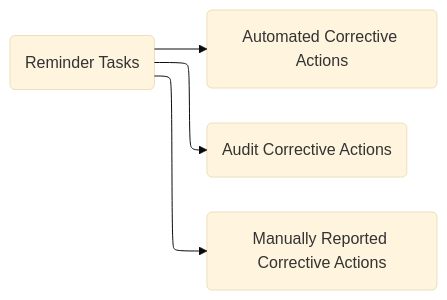
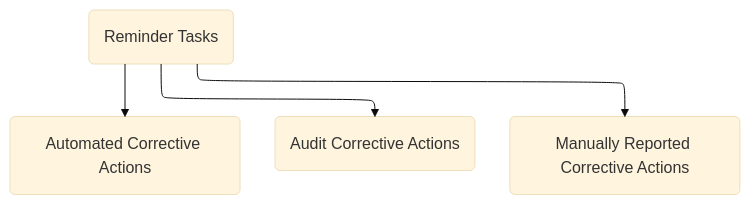
One commit to opus-safety/opus-knowledge-base changed the second of 2 diagrams in docs/drafts/types-of-task.md. Above: the diagram before and after it, drawn with Mermaid (base theme).

Commit message:
Update types of task
Published via More Buttons Chrome Extension

````diff
--- a/docs/drafts/types-of-task.md
+++ b/docs/drafts/types-of-task.md
@@ -94,13 +94,13 @@
     ```mermaid
     ---
     config:
       layout: elk
     ---
-    flowchart LR
+    flowchart TB
         A["Reminder Tasks"] --> n1["Automated Corrective Actions"] & n2["Audit Corrective Actions"] & n3["Manually Reported Corrective Actions"]
 
         A@{ shape: rounded}
         n1@{ shape: rounded}
         n2@{ shape: rounded}
         n3@{ shape: rounded}
     ```
````
